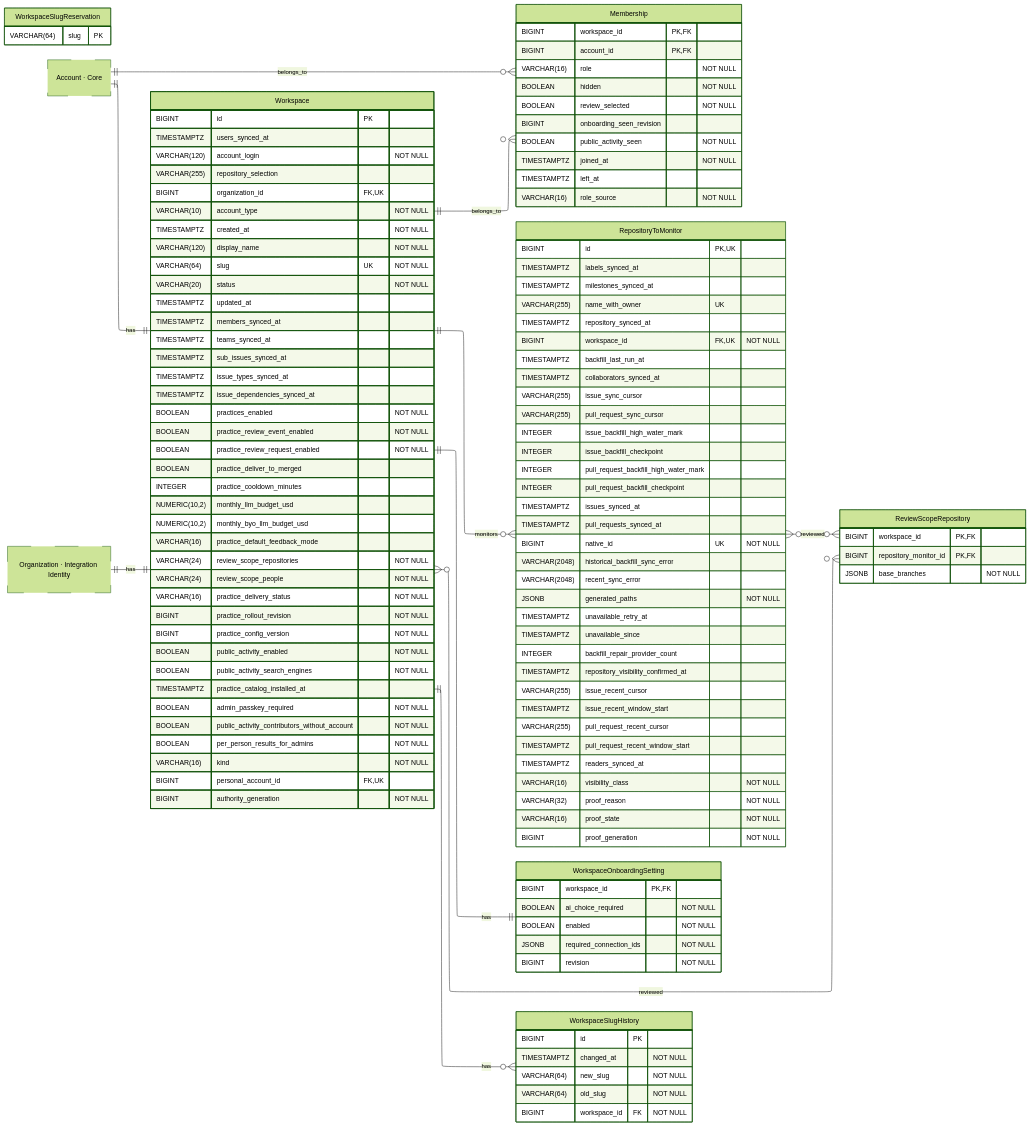
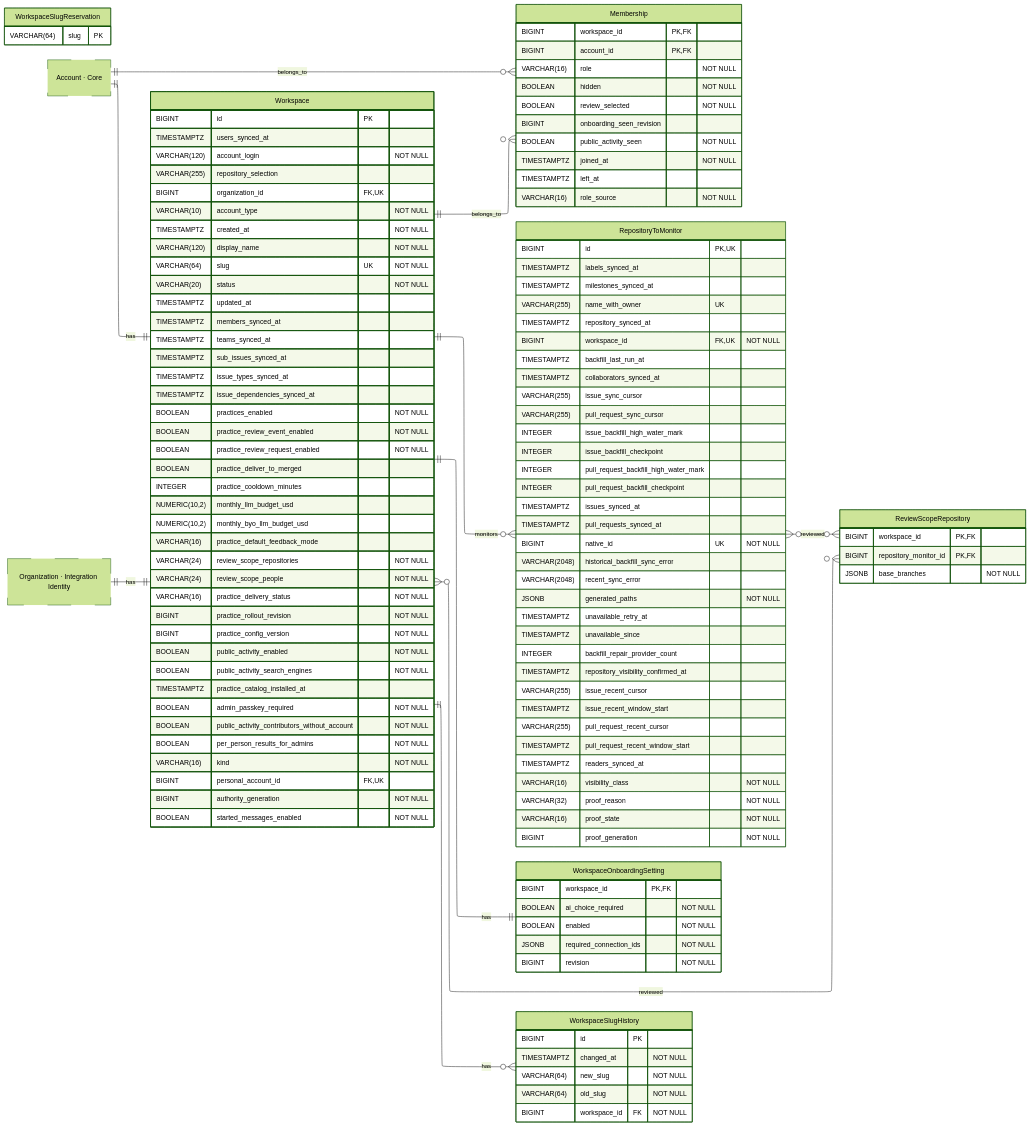
One commit to hephaestus-build/Hephaestus changed the diagram in docs/contributor/erd/workspace.mmd. Above: the diagram before and after it, drawn with Mermaid (forest theme). The commit also changed 59 other files, not shown here.

```diff
--- a/docs/contributor/erd/workspace.mmd
+++ b/docs/contributor/erd/workspace.mmd
@@ -1,156 +1,157 @@
 ---
 config:
     layout: elk
 ---
 erDiagram
     %% Generated automatically from PostgreSQL database schema
     %% using scripts/generate-mermaid-erd.ts
     %% To regenerate: vp run db:generate-erd-docs
 
     direction LR
 
     Membership {
         BIGINT workspace_id PK,FK
         BIGINT account_id PK,FK
         VARCHAR(16) role "NOT NULL"
         BOOLEAN hidden "NOT NULL"
         BOOLEAN review_selected "NOT NULL"
         BIGINT onboarding_seen_revision
         BOOLEAN public_activity_seen "NOT NULL"
         TIMESTAMPTZ joined_at "NOT NULL"
         TIMESTAMPTZ left_at
         VARCHAR(16) role_source "NOT NULL"
     }
 
     RepositoryToMonitor {
         BIGINT id PK,UK
         TIMESTAMPTZ labels_synced_at
         TIMESTAMPTZ milestones_synced_at
         VARCHAR(255) name_with_owner UK
         TIMESTAMPTZ repository_synced_at
         BIGINT workspace_id FK,UK "NOT NULL"
         TIMESTAMPTZ backfill_last_run_at
         TIMESTAMPTZ collaborators_synced_at
         VARCHAR(255) issue_sync_cursor
         VARCHAR(255) pull_request_sync_cursor
         INTEGER issue_backfill_high_water_mark
         INTEGER issue_backfill_checkpoint
         INTEGER pull_request_backfill_high_water_mark
         INTEGER pull_request_backfill_checkpoint
         TIMESTAMPTZ issues_synced_at
         TIMESTAMPTZ pull_requests_synced_at
         BIGINT native_id UK "NOT NULL"
         VARCHAR(2048) historical_backfill_sync_error
         VARCHAR(2048) recent_sync_error
         JSONB generated_paths "NOT NULL"
         TIMESTAMPTZ unavailable_retry_at
         TIMESTAMPTZ unavailable_since
         INTEGER backfill_repair_provider_count
         TIMESTAMPTZ repository_visibility_confirmed_at
         VARCHAR(255) issue_recent_cursor
         TIMESTAMPTZ issue_recent_window_start
         VARCHAR(255) pull_request_recent_cursor
         TIMESTAMPTZ pull_request_recent_window_start
         TIMESTAMPTZ readers_synced_at
         VARCHAR(16) visibility_class "NOT NULL"
         VARCHAR(32) proof_reason "NOT NULL"
         VARCHAR(16) proof_state "NOT NULL"
         BIGINT proof_generation "NOT NULL"
     }
 
     ReviewScopeRepository {
         BIGINT workspace_id PK,FK
         BIGINT repository_monitor_id PK,FK
         JSONB base_branches "NOT NULL"
     }
 
     Workspace {
         BIGINT id PK
         TIMESTAMPTZ users_synced_at
         VARCHAR(120) account_login "NOT NULL"
         VARCHAR(255) repository_selection
         BIGINT organization_id FK,UK
         VARCHAR(10) account_type "NOT NULL"
         TIMESTAMPTZ created_at "NOT NULL"
         VARCHAR(120) display_name "NOT NULL"
         VARCHAR(64) slug UK "NOT NULL"
         VARCHAR(20) status "NOT NULL"
         TIMESTAMPTZ updated_at
         TIMESTAMPTZ members_synced_at
         TIMESTAMPTZ teams_synced_at
         TIMESTAMPTZ sub_issues_synced_at
         TIMESTAMPTZ issue_types_synced_at
         TIMESTAMPTZ issue_dependencies_synced_at
         BOOLEAN practices_enabled "NOT NULL"
         BOOLEAN practice_review_event_enabled "NOT NULL"
         BOOLEAN practice_review_request_enabled "NOT NULL"
         BOOLEAN practice_deliver_to_merged
         INTEGER practice_cooldown_minutes
         NUMERIC(10,2) monthly_llm_budget_usd
         NUMERIC(10,2) monthly_byo_llm_budget_usd
         VARCHAR(16) practice_default_feedback_mode
         VARCHAR(24) review_scope_repositories "NOT NULL"
         VARCHAR(24) review_scope_people "NOT NULL"
         VARCHAR(16) practice_delivery_status "NOT NULL"
         BIGINT practice_rollout_revision "NOT NULL"
         BIGINT practice_config_version "NOT NULL"
         BOOLEAN public_activity_enabled "NOT NULL"
         BOOLEAN public_activity_search_engines "NOT NULL"
         TIMESTAMPTZ practice_catalog_installed_at
         BOOLEAN admin_passkey_required "NOT NULL"
         BOOLEAN public_activity_contributors_without_account "NOT NULL"
         BOOLEAN per_person_results_for_admins "NOT NULL"
         VARCHAR(16) kind "NOT NULL"
         BIGINT personal_account_id FK,UK
         BIGINT authority_generation "NOT NULL"
+        BOOLEAN started_messages_enabled "NOT NULL"
     }
 
     WorkspaceOnboardingSetting {
         BIGINT workspace_id PK,FK
         BOOLEAN ai_choice_required "NOT NULL"
         BOOLEAN enabled "NOT NULL"
         JSONB required_connection_ids "NOT NULL"
         BIGINT revision "NOT NULL"
     }
 
     WorkspaceSlugHistory {
         BIGINT id PK
         TIMESTAMPTZ changed_at "NOT NULL"
         VARCHAR(64) new_slug "NOT NULL"
         VARCHAR(64) old_slug "NOT NULL"
         BIGINT workspace_id FK "NOT NULL"
     }
 
     WorkspaceSlugReservation {
         VARCHAR(64) slug PK
     }
 
     Account["Account · Core"]
     Organization["Organization · Integration Identity"]
 
     %% Relationships
     %% One-to-One relationships
     Organization ||--|| Workspace : has
     Account ||--|| Workspace : has
     Workspace ||--|| WorkspaceOnboardingSetting : has
 
     %% One-to-Many relationships
     Account ||--o{ Membership : belongs_to
     Workspace ||--o{ Membership : belongs_to
     Workspace ||--o{ RepositoryToMonitor : monitors
     Workspace ||--o{ WorkspaceSlugHistory : has
 
     %% Many-to-Many relationships
     RepositoryToMonitor }o--o{ ReviewScopeRepository : reviewed
     Workspace }o--o{ ReviewScopeRepository : reviewed
 
     %% Styling
     classDef primaryEntity stroke-width:2px
     classDef associationEntity stroke-width:1px
     classDef metadataEntity stroke-width:1px
     classDef referenceEntity stroke-dasharray:5 5
 
     class Account referenceEntity
     class Organization referenceEntity
     class RepositoryToMonitor metadataEntity
     class Workspace primaryEntity
```
